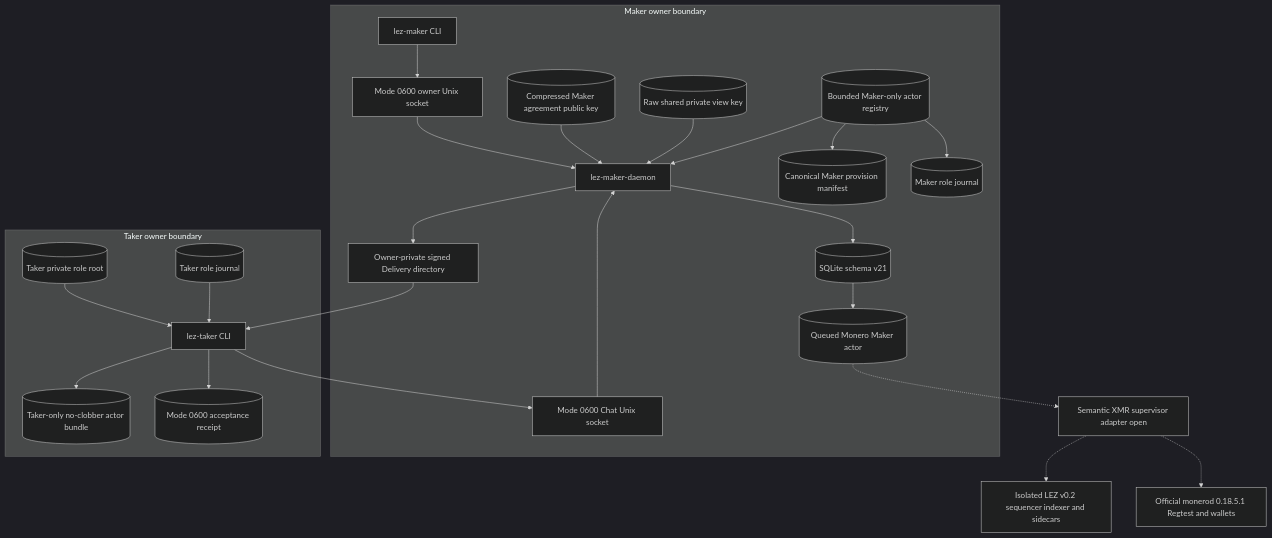
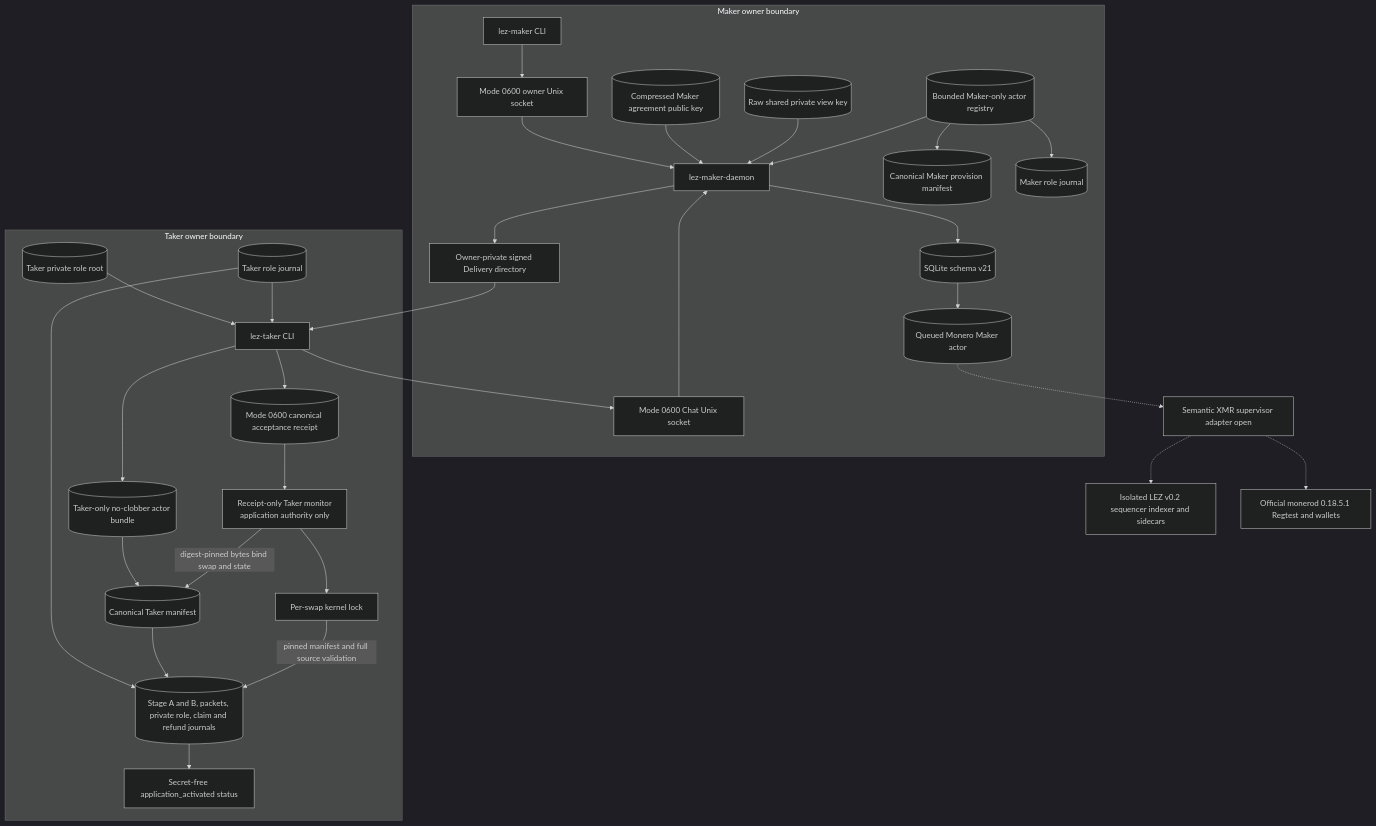
One commit to gateway-fm/lez-atomic-swaps changed the seventh of 20 diagrams in docs/architecture/deployment-components-and-rpcs.md. Above: the diagram before and after it, drawn with Mermaid (dark theme). The commit also changed other lines of this file and 14 other files, not shown here.

Commit message:
feat(m5): monitor accepted xmr taker authority

````diff
--- a/docs/architecture/deployment-components-and-rpcs.md
+++ b/docs/architecture/deployment-components-and-rpcs.md
@@ -742,46 +742,59 @@
 ```mermaid
 flowchart TB
     subgraph MakerBoundary["Maker owner boundary"]
         MakerCli["lez-maker CLI"]
         OwnerSocket["Mode 0600 owner Unix socket"]
         Daemon["lez-maker-daemon"]
         ChatSocket["Mode 0600 Chat Unix socket"]
         Store[("SQLite schema v21")]
         Delivery["Owner-private signed Delivery directory"]
         AgreementKey[("Compressed Maker agreement public key")]
         ViewKey[("Raw shared private view key")]
         Registry[("Bounded Maker-only actor registry")]
         MakerManifest[("Canonical Maker provision manifest")]
         MakerJournal[("Maker role journal")]
         MakerActor[("Queued Monero Maker actor")]
     end
 
     subgraph TakerBoundary["Taker owner boundary"]
         TakerCli["lez-taker CLI"]
         TakerRoot[("Taker private role root")]
         TakerJournal[("Taker role journal")]
         TakerActor[("Taker-only no-clobber actor bundle")]
-        Receipt[("Mode 0600 acceptance receipt")]
+        Receipt[("Mode 0600 canonical acceptance receipt")]
+        TakerManifest[("Canonical Taker manifest")]
+        TakerAuthority[("Stage A and B, packets, private role, claim and refund journals")]
+        MonitorLock["Per-swap kernel lock"]
+        Monitor["Receipt-only Taker monitor<br/>application authority only"]
+        MonitorStatus["Secret-free application_activated status"]
     end
 
     MakerCli --> OwnerSocket
     OwnerSocket --> Daemon
     Daemon --> Store
     Daemon --> Delivery
     Delivery --> TakerCli
     TakerCli --> ChatSocket
     ChatSocket --> Daemon
     AgreementKey --> Daemon
     ViewKey --> Daemon
     Registry --> Daemon
     Registry --> MakerManifest
     Registry --> MakerJournal
     Store --> MakerActor
     TakerRoot --> TakerCli
     TakerJournal --> TakerCli
     TakerCli --> TakerActor
     TakerCli --> Receipt
+    TakerActor --> TakerManifest
+    TakerJournal --> TakerAuthority
+    Receipt --> Monitor
+    Monitor -->|"digest-pinned bytes bind swap and state"| TakerManifest
+    Monitor --> MonitorLock
+    TakerManifest --> TakerAuthority
+    MonitorLock -->|"pinned manifest and full source validation"| TakerAuthority
+    TakerAuthority --> MonitorStatus
     MakerActor -.-> SemanticSupervisor["Semantic XMR supervisor adapter open"]
     SemanticSupervisor -.-> LezNodes["Isolated LEZ v0.2 sequencer indexer and sidecars"]
     SemanticSupervisor -.-> MoneroNodes["Official monerod 0.18.5.1 Regtest and wallets"]
 ```
````
